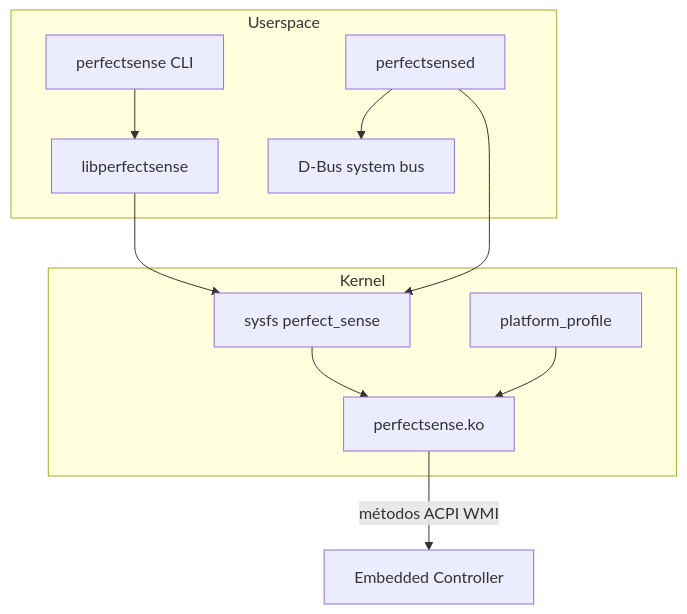
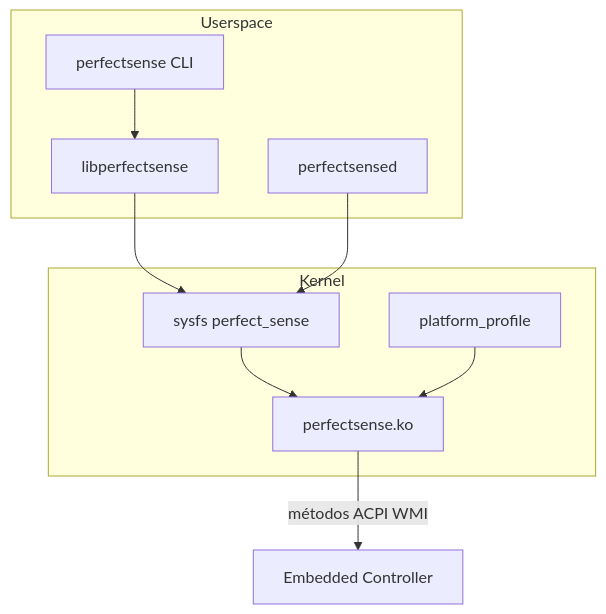
One commit to yPerfectBR/PerfectSense changed the diagram in docs/pt-BR/architecture/overview.md. Above: the diagram before and after it, drawn with Mermaid. The commit also changed other lines of this file and 17 other files, not shown here.

````diff
--- a/docs/pt-BR/architecture/overview.md
+++ b/docs/pt-BR/architecture/overview.md
@@ -25,23 +24,21 @@
 ```mermaid
 flowchart TB
   subgraph userspace [Userspace]
     CLI[perfectsense CLI]
     Lib[libperfectsense]
     D[perfectsensed]
-    Bus[D-Bus system bus]
   end
   subgraph kernel [Kernel]
     Sysfs[sysfs perfect_sense]
     PP[platform_profile]
     Mod[perfectsense.ko]
   end
   EC[Embedded Controller]
 
   CLI --> Lib
   Lib --> Sysfs
   D --> Sysfs
-  D --> Bus
   Sysfs --> Mod
   PP --> Mod
   Mod -->|"métodos ACPI WMI"| EC
 ```
````
